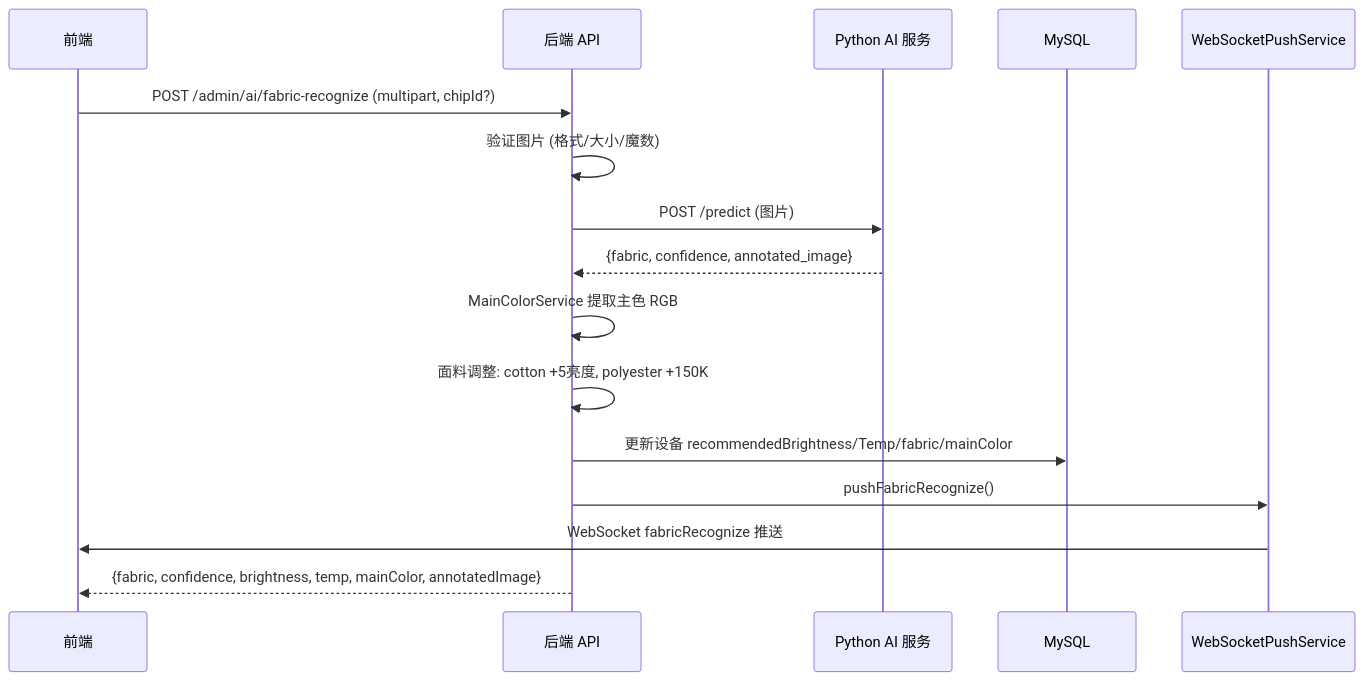
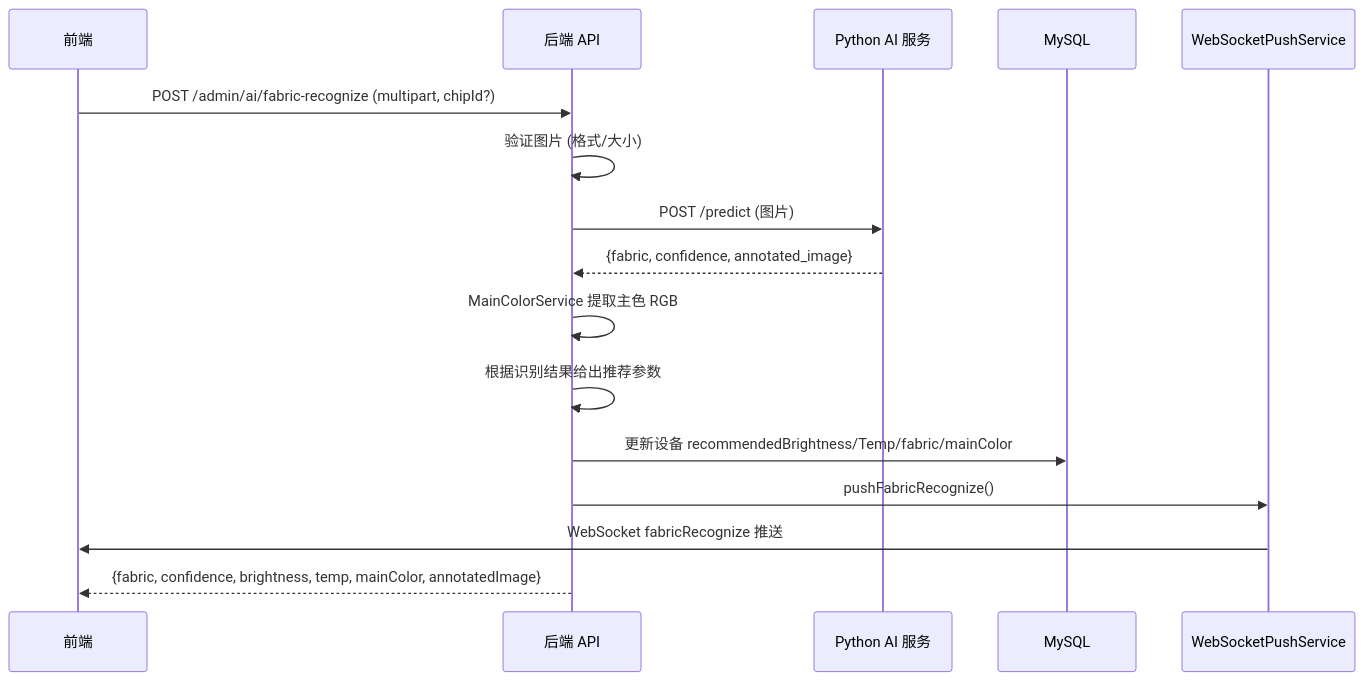
Before and after one commit to i-am-genius/smart-light-backend: the fourth of 5 diagrams in PROJECT_ANALYSIS.md, drawn with Mermaid. The commit also changed 3 other files, not shown here.

````diff
--- a/PROJECT_ANALYSIS.md
+++ b/PROJECT_ANALYSIS.md
@@ -473,19 +473,19 @@
 ```mermaid
 sequenceDiagram
     participant App as 前端
     participant API as 后端 API
     participant AI as Python AI 服务
     participant DB as MySQL
     participant WSP as WebSocketPushService
 
     App->>API: POST /admin/ai/fabric-recognize (multipart, chipId?)
-    API->>API: 验证图片 (格式/大小/魔数)
+    API->>API: 验证图片 (格式/大小)
     API->>AI: POST /predict (图片)
     AI-->>API: {fabric, confidence, annotated_image}
     API->>API: MainColorService 提取主色 RGB
-    API->>API: 面料调整: cotton +5亮度, polyester +150K
+    API->>API: 根据识别结果给出推荐参数
     API->>DB: 更新设备 recommendedBrightness/Temp/fabric/mainColor
     API->>WSP: pushFabricRecognize()
     WSP->>App: WebSocket fabricRecognize 推送
     API-->>App: {fabric, confidence, brightness, temp, mainColor, annotatedImage}
 ```
````
